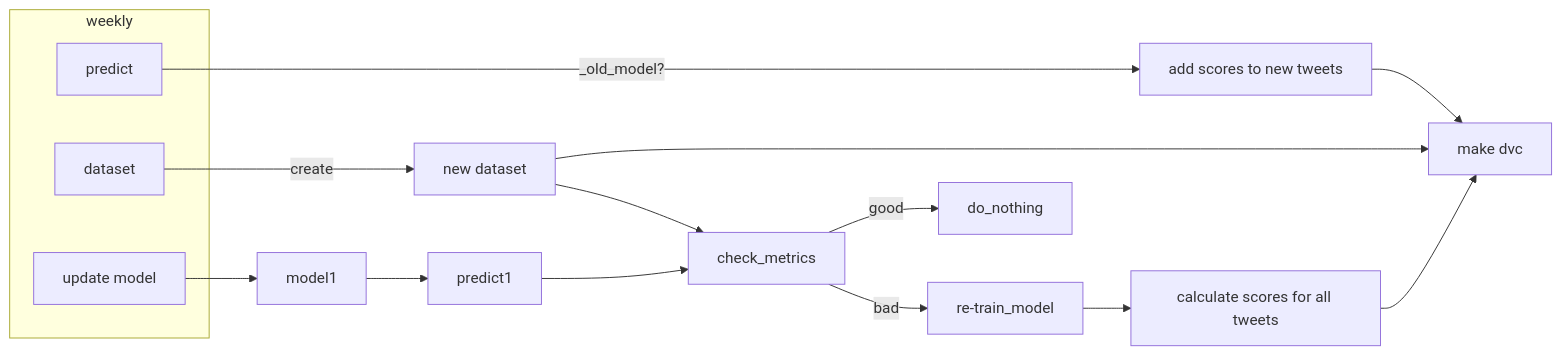
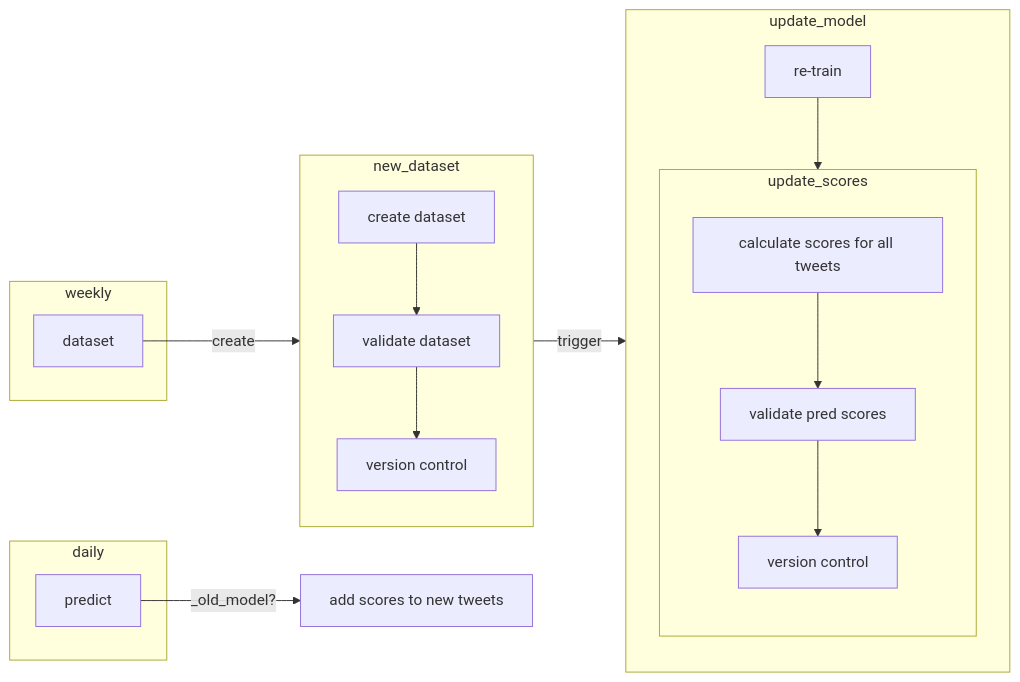
One commit to gsajko/tweetfeed changed the third of 3 diagrams in README.md. Above: the diagram before and after it, drawn with Mermaid. The commit also changed other lines of this file and 5 other files, not shown here.

````diff
--- a/README.md
+++ b/README.md
@@ -158,27 +151,36 @@
 ```mermaid
 flowchart LR
 
 
 p[predict]
 d[dataset]
-dvc[make dvc]
+
 
 subgraph weekly
 d
-um[update model]
-p
-
 end
 
-nd[new dataset]
-d --create--> nd --> dvc
-nd --> check_metrics
+subgraph daily
+p
+end
 
-um --> model1--> predict1 --> check_metrics
-check_metrics --good--> do_nothing
-check_metrics --bad--> re-train_model --> alltweets --> dvc
+d --create--> new_dataset
+
+subgraph new_dataset
+c[create dataset] --> vd[validate dataset] --> vcd[version control]
+end
+
+new_dataset --trigger--> update_model
+
+subgraph update_model
+cm[re-train] --> update_scores
+end
+
+subgraph update_scores
+alltweets --> vm[validate pred scores] --> vcm[version control]
+end
 
 ntweets[add scores to new tweets]
 alltweets[calculate scores for all tweets]
-p--_old_model?-->ntweets --> dvc
+p--_old_model?-->ntweets
 ```
````
